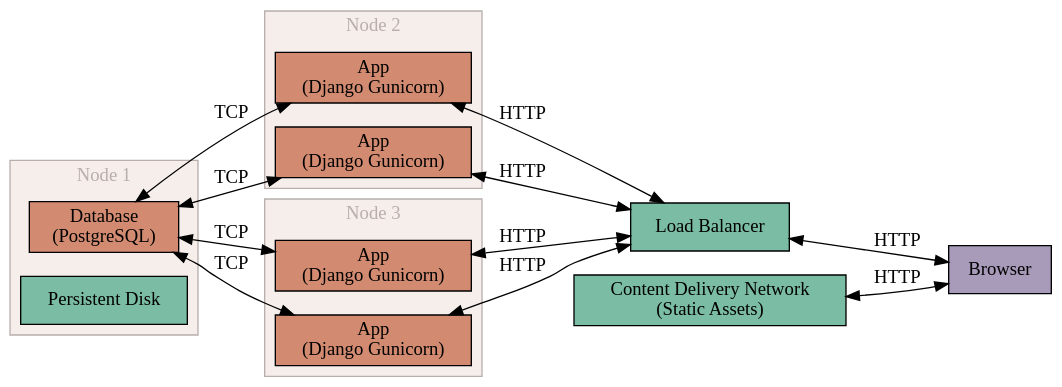
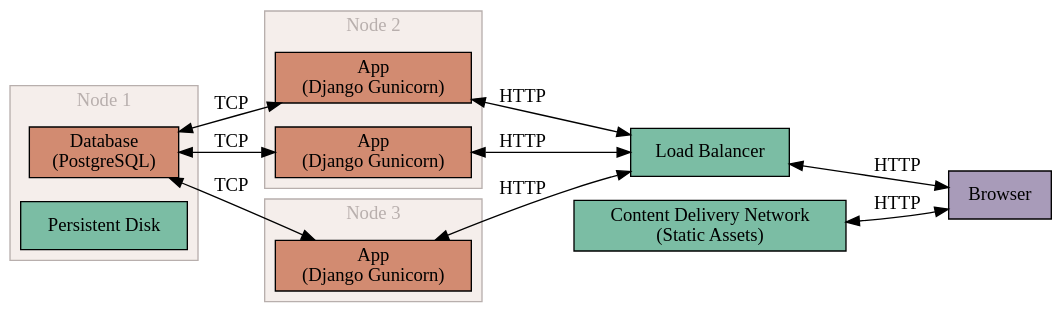
One commit to hnarayanan/harishnarayanan.org changed the diagram in static/images/writing/kubernetes-django/scheduled-on-cluster-with-cdn.dot. Above: the diagram before and after it, drawn with Graphviz. The commit also changed 1 other file, not shown here.

```diff
--- a/static/images/writing/kubernetes-django/scheduled-on-cluster-with-cdn.dot
+++ b/static/images/writing/kubernetes-django/scheduled-on-cluster-with-cdn.dot
@@ -1,58 +1,54 @@
 digraph Kubernetes {
     bgcolor = "transparent";
     rankdir = LR;
     node [shape=box, style=filled, fillcolor="#d28b71"];
 
     subgraph clusterClient {
         style = invis;
         browser [label="Browser", fillcolor="#a89bb9"];
     };
 
     subgraph clusterNode1 {
         label = "Node 1";
         fontcolor = "#b8afad";
         color = "#b8afad";
         bgcolor = "#f5eeeb";
         database [label="Database\n(PostgreSQL)"];
         persistentdisk [label="Persistent Disk", fillcolor="#7bbda4"]
     }
 
     subgraph clusterNode2 {
         label = "Node 2";
         fontcolor = "#b8afad";
         color = "#b8afad";
         bgcolor = "#f5eeeb";
         app [label="App\n(Django Gunicorn)"];
         app2 [label="App\n(Django Gunicorn)"];
         color = "#b8afad";
     };
 
     subgraph clusterNode3 {
         label = "Node 3";
         fontcolor = "#b8afad";
         color = "#b8afad";
         bgcolor = "#f5eeeb";
         app3 [label="App\n(Django Gunicorn)"];
-        app4 [label="App\n(Django Gunicorn)"];
         color = "#b8afad";
     };
 
-    webserver [label="Load Balancer", fillcolor="#7bbda4"];
+    loadbalancer [label="Load Balancer", fillcolor="#7bbda4"];
     cdn [label="Content Delivery Network\n(Static Assets)", fillcolor="#7bbda4"];
 
     database -> app [label="TCP", dir="both"];
-    app -> webserver [label="HTTP", dir="both"];
+    app -> loadbalancer [label="HTTP", dir="both"];
 
     database -> app2 [label="TCP", dir="both"];
-    app2 -> webserver [label="HTTP", dir="both"];
+    app2 -> loadbalancer [label="HTTP", dir="both"];
 
     database -> app3 [label="TCP", dir="both"];
-    app3 -> webserver [label="HTTP", dir="both"];
+    app3 -> loadbalancer [label="HTTP", dir="both"];
 
-    database -> app4 [label="TCP", dir="both"];
-    app4 -> webserver [label="HTTP", dir="both"];
-
-    webserver -> browser [label="HTTP", dir="both"];
+    loadbalancer -> browser [label="HTTP", dir="both"];
 
     cdn -> browser [label="HTTP", dir="both"];
 }
```
